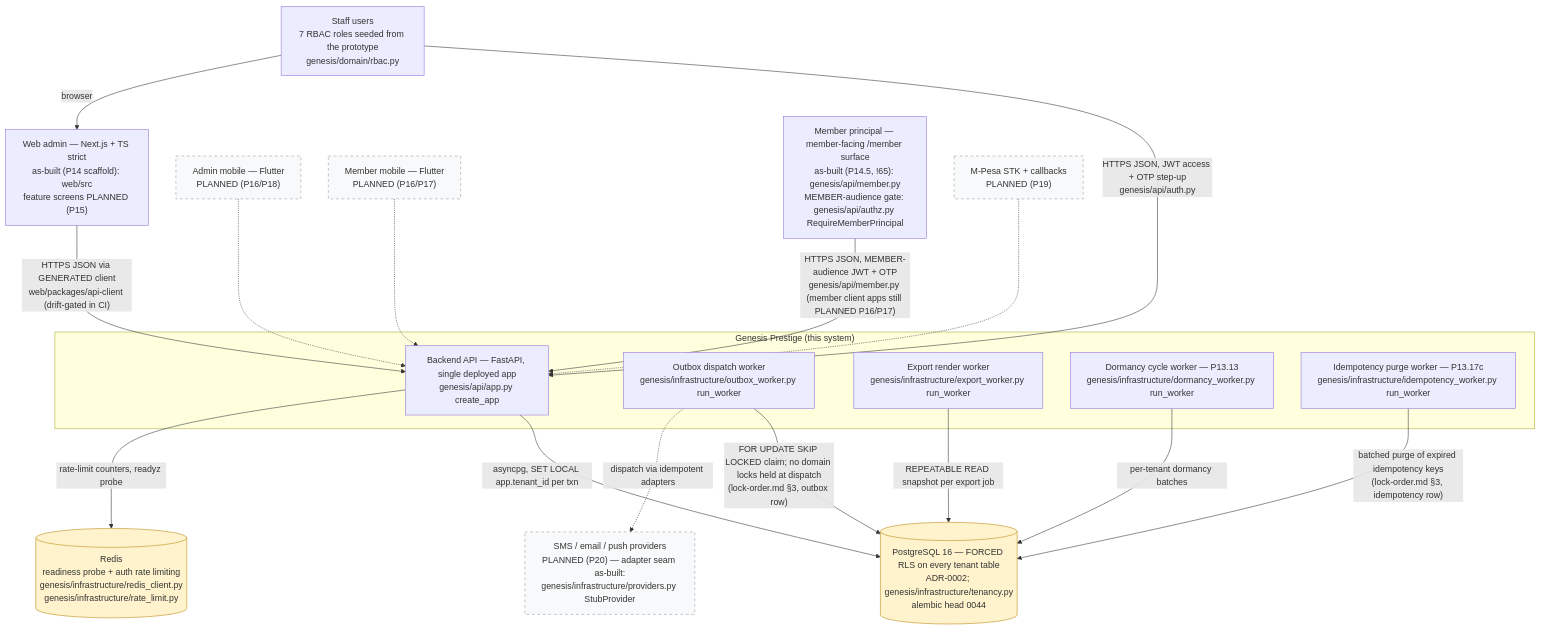
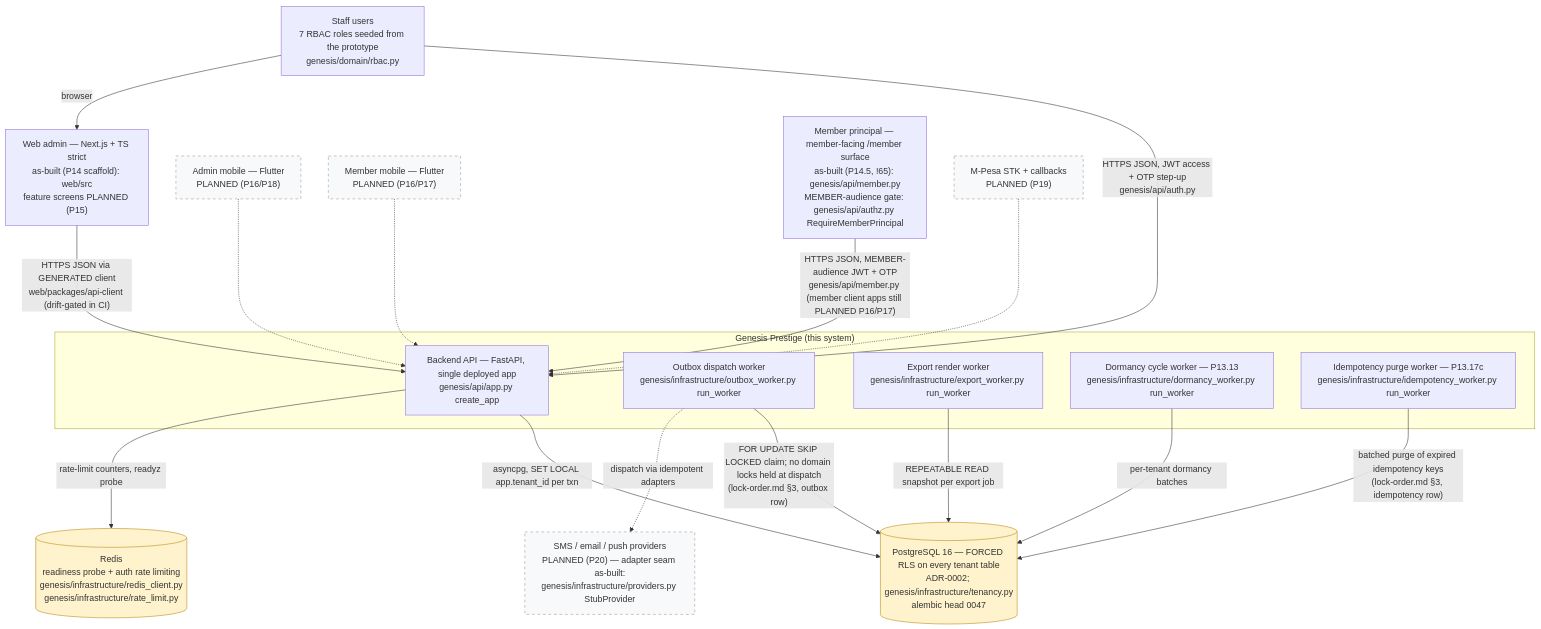
The diagram in docs/diagrams/c4-context.md (Benson-Kim/genesis-sacco-core), drawn with Mermaid before and after one commit. The commit also changed other lines of this file and 2 other files, not shown here.

First line of the commit message:
remediate: openapi snapshot from spec-drift's own diff + C4 head 0047 refresh

````diff
--- a/docs/diagrams/c4-context.md
+++ b/docs/diagrams/c4-context.md
@@ -75,46 +82,46 @@
 ```mermaid
 flowchart TB
     %% Authored against main @ 08541b860f1445b16c342c39b6606d86b9dbeb17
     %% L1 context — as-built boxes cite genesis modules; dashed = PLANNED (Pn).
 
     STAFF["Staff users<br/>7 RBAC roles seeded from the prototype<br/>genesis/domain/rbac.py"]
 
     subgraph SYS["Genesis Prestige (this system)"]
         API["Backend API — FastAPI, single deployed app<br/>genesis/api/app.py create_app"]
         OBW["Outbox dispatch worker<br/>genesis/infrastructure/outbox_worker.py run_worker"]
         EXW["Export render worker<br/>genesis/infrastructure/export_worker.py run_worker"]
         DMW["Dormancy cycle worker — P13.13<br/>genesis/infrastructure/dormancy_worker.py run_worker"]
         IDW["Idempotency purge worker — P13.17c<br/>genesis/infrastructure/idempotency_worker.py run_worker"]
     end
 
-    PG[("PostgreSQL 16 — FORCED RLS on every tenant table<br/>ADR-0002; genesis/infrastructure/tenancy.py<br/>alembic head 0044")]
+    PG[("PostgreSQL 16 — FORCED RLS on every tenant table<br/>ADR-0002; genesis/infrastructure/tenancy.py<br/>alembic head 0047")]
     RD[("Redis<br/>readiness probe + auth rate limiting<br/>genesis/infrastructure/redis_client.py<br/>genesis/infrastructure/rate_limit.py")]
 
     WEB["Web admin — Next.js + TS strict<br/>as-built (P14 scaffold): web/src<br/>feature screens PLANNED (P15)"]
     ADM["Admin mobile — Flutter<br/>PLANNED (P16/P18)"]
     MEM["Member mobile — Flutter<br/>PLANNED (P16/P17)"]
     MPR["Member principal — member-facing /member surface<br/>as-built (P14.5, !65): genesis/api/member.py<br/>MEMBER-audience gate: genesis/api/authz.py RequireMemberPrincipal"]
     MPESA["M-Pesa STK + callbacks<br/>PLANNED (P19)"]
     PROV["SMS / email / push providers<br/>PLANNED (P20) — adapter seam as-built:<br/>genesis/infrastructure/providers.py StubProvider"]
 
     STAFF -->|"HTTPS JSON, JWT access + OTP step-up<br/>genesis/api/auth.py"| API
     API -->|"asyncpg, SET LOCAL app.tenant_id per txn"| PG
     API -->|"rate-limit counters, readyz probe"| RD
     OBW -->|"FOR UPDATE SKIP LOCKED claim; no domain locks held at dispatch<br/>(lock-order.md §3, outbox row)"| PG
     EXW -->|"REPEATABLE READ snapshot per export job"| PG
     DMW -->|"per-tenant dormancy batches"| PG
     IDW -->|"batched purge of expired idempotency keys<br/>(lock-order.md §3, idempotency row)"| PG
     OBW -.->|"dispatch via idempotent adapters"| PROV
 
     STAFF -->|"browser"| WEB
     WEB -->|"HTTPS JSON via GENERATED client<br/>web/packages/api-client (drift-gated in CI)"| API
     ADM -.-> API
     MEM -.-> API
     MPR -->|"HTTPS JSON, MEMBER-audience JWT + OTP<br/>genesis/api/member.py (member client apps still PLANNED P16/P17)"| API
     MPESA -.-> API
 
     classDef planned fill:#f8f9fa,stroke:#999,stroke-dasharray: 5 5;
     class ADM,MEM,MPESA,PROV planned;
     classDef store fill:#fff3cd,stroke:#b8860b;
     class PG,RD store;
 ```
````
